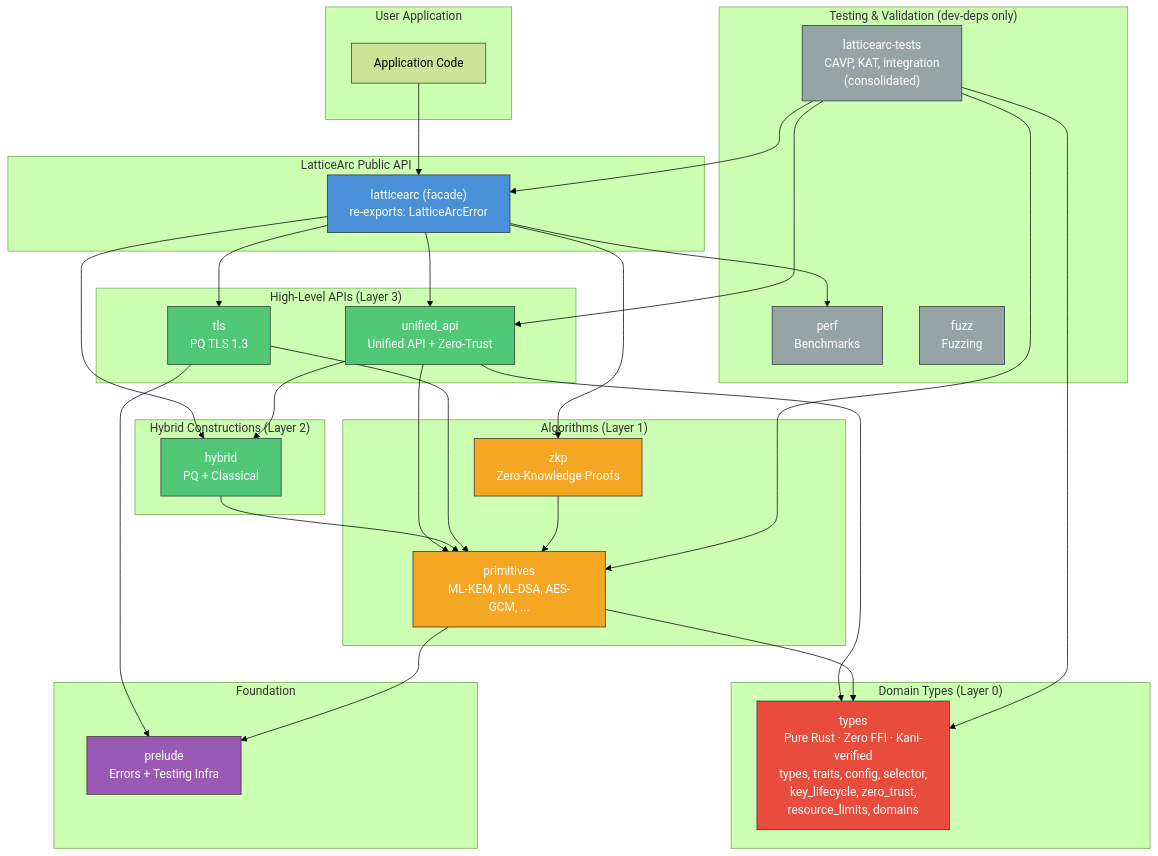
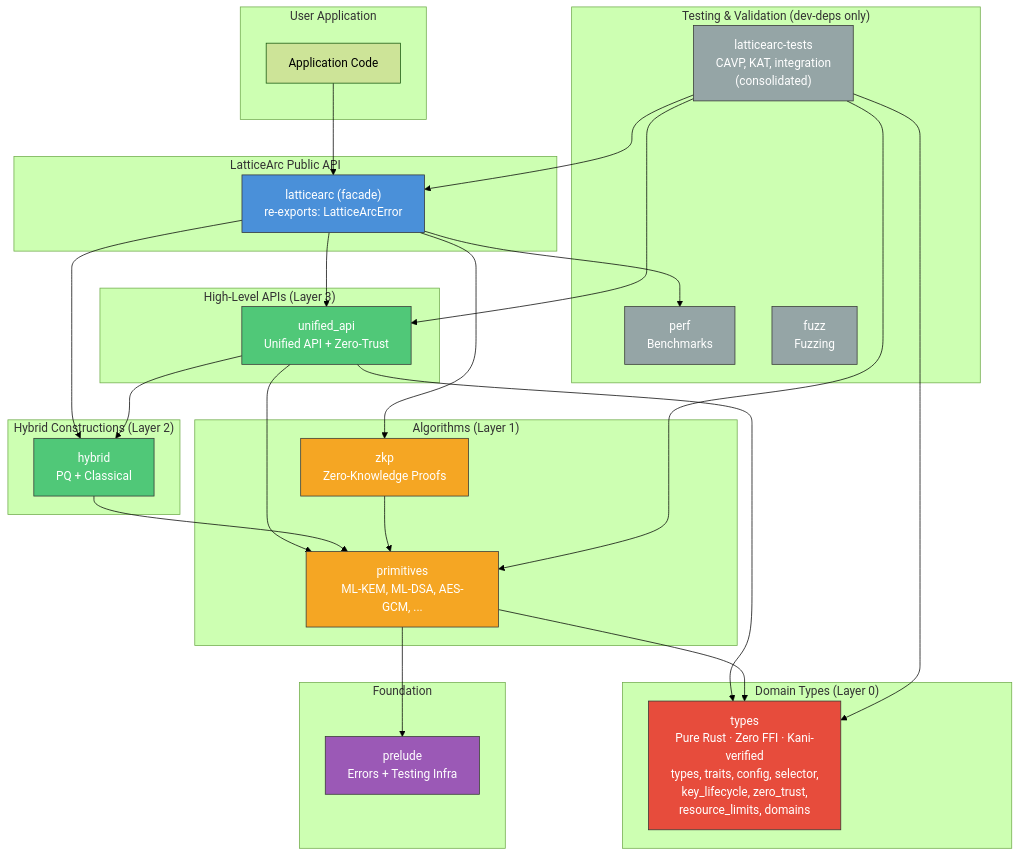
The first of 8 diagrams in docs/DESIGN.md (LatticeArc/latticearc), drawn with Mermaid (forest theme) before and after one commit. The commit also changed other lines of this file and 92 other files, not shown here.

````diff
--- a/docs/DESIGN.md
+++ b/docs/DESIGN.md
@@ -16,73 +16,69 @@
 ```mermaid
 graph TB
     subgraph "User Application"
         APP[Application Code]
     end
 
     subgraph "LatticeArc Public API"
         MAIN["latticearc (facade)<br/>re-exports: LatticeArcError"]
     end
 
     subgraph "High-Level APIs (Layer 3)"
         CORE[unified_api<br/>Unified API + Zero-Trust]
-        TLS[tls<br/>PQ TLS 1.3]
     end
 
     subgraph "Hybrid Constructions (Layer 2)"
         HYBRID[hybrid<br/>PQ + Classical]
     end
 
     subgraph "Algorithms (Layer 1)"
         PRIM[primitives<br/>ML-KEM, ML-DSA, AES-GCM, ...]
         ZKP[zkp<br/>Zero-Knowledge Proofs]
     end
 
     subgraph "Domain Types (Layer 0)"
         TYPES["types<br/>Pure Rust · Zero FFI · Kani-verified<br/>types, traits, config, selector,<br/>key_lifecycle, zero_trust,<br/>resource_limits, domains"]
     end
 
     subgraph "Foundation"
         PRELUDE[prelude<br/>Errors + Testing Infra]
     end
 
     subgraph "Testing & Validation (dev-deps only)"
         TESTS["latticearc-tests<br/>CAVP, KAT, integration<br/>(consolidated)"]
         PERF[perf<br/>Benchmarks]
         FUZZ[fuzz<br/>Fuzzing]
     end
 
     APP --> MAIN
     MAIN --> CORE
     MAIN --> HYBRID
-    MAIN --> TLS
     MAIN --> ZKP
     MAIN --> PERF
     CORE --> TYPES
     CORE --> PRIM
     CORE --> HYBRID
     HYBRID --> PRIM
-    TLS --> PRIM
-    TLS --> PRELUDE
     ZKP --> PRIM
     PRIM --> TYPES
     PRIM --> PRELUDE
     TESTS --> MAIN
     TESTS --> CORE
     TESTS --> PRIM
     TESTS --> TYPES
 
     classDef facade fill:#4a90d9,stroke:#333,color:#fff
     classDef highlevel fill:#50c878,stroke:#333,color:#fff
     classDef core fill:#f5a623,stroke:#333,color:#fff
     classDef types fill:#e74c3c,stroke:#333,color:#fff
     classDef foundation fill:#9b59b6,stroke:#333,color:#fff
     classDef testing fill:#95a5a6,stroke:#333,color:#fff
 
     class MAIN facade
-    class CORE,TLS highlevel
+    class CORE highlevel
     class HYBRID highlevel
     class TYPES types
     class PRIM,ZKP core
     class PRELUDE foundation
     class PERF,TESTS,FUZZ testing
 ```
````
